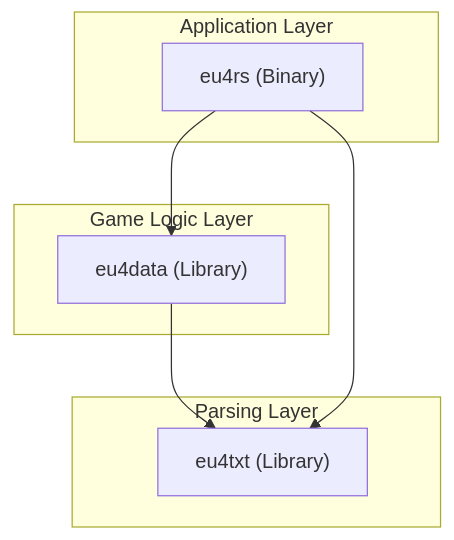
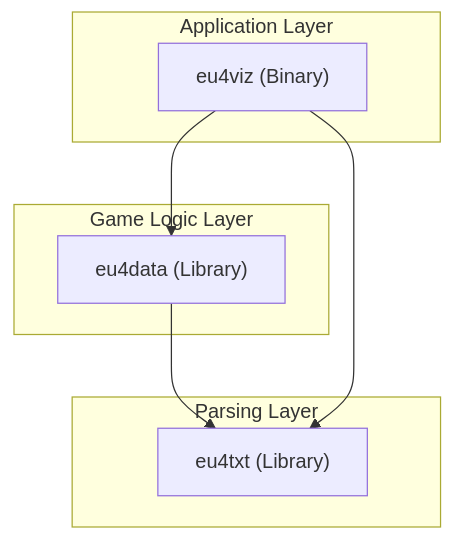
One commit to atvrager/eu4rs changed the first of 3 diagrams in docs/architecture.md. Above: the diagram before and after it, drawn with Mermaid. The commit also changed other lines of this file and 40 other files, not shown here.

Commit message:
refactor: rename eu4rs binary to eu4viz to distinguish from workspace

````diff
--- a/docs/architecture.md
+++ b/docs/architecture.md
@@ -9,18 +9,18 @@
 ```mermaid
 graph TD
     subgraph "Application Layer"
-        EU4RS["eu4rs (Binary)"]
+        EU4VIZ["eu4viz (Binary)"]
     end
 
     subgraph "Game Logic Layer"
         DATA["eu4data (Library)"]
     end
 
     subgraph "Parsing Layer"
         TXT["eu4txt (Library)"]
     end
 
-    EU4RS --> DATA
+    EU4VIZ --> DATA
     DATA --> TXT
-    EU4RS --> TXT
+    EU4VIZ --> TXT
 ```
````
